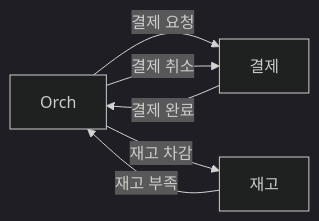
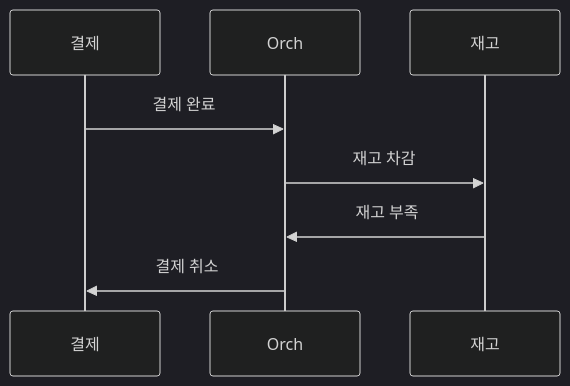
The seventh of 14 diagrams in _posts/architecture/2026-05-02-distributed-transaction-deep.md (yjkim2015/yjkim2015.github.io), drawn with Mermaid (dark theme) before and after one commit. The commit also changed other lines of this file and 89 other files, not shown here.

First line of the commit message:
복잡한 flowchart 163개 → sequenceDiagram 변환 (90파일)

````diff
--- a/_posts/architecture/2026-05-02-distributed-transaction-deep.md
+++ b/_posts/architecture/2026-05-02-distributed-transaction-deep.md
@@ -167,8 +164,7 @@
 ```mermaid
-graph LR
-    Orch["Orch"] -->|"결제 요청"| PS["결제"]
-    PS -->|"결제 완료"| Orch
-    Orch -->|"재고 차감"| IS["재고"]
-    IS -->|"재고 부족"| Orch
-    Orch -->|"결제 취소"| PS
+sequenceDiagram
+    결제->>Orch: 결제 완료
+    Orch->>재고: 재고 차감
+    재고->>Orch: 재고 부족
+    Orch->>결제: 결제 취소
 ```
````
